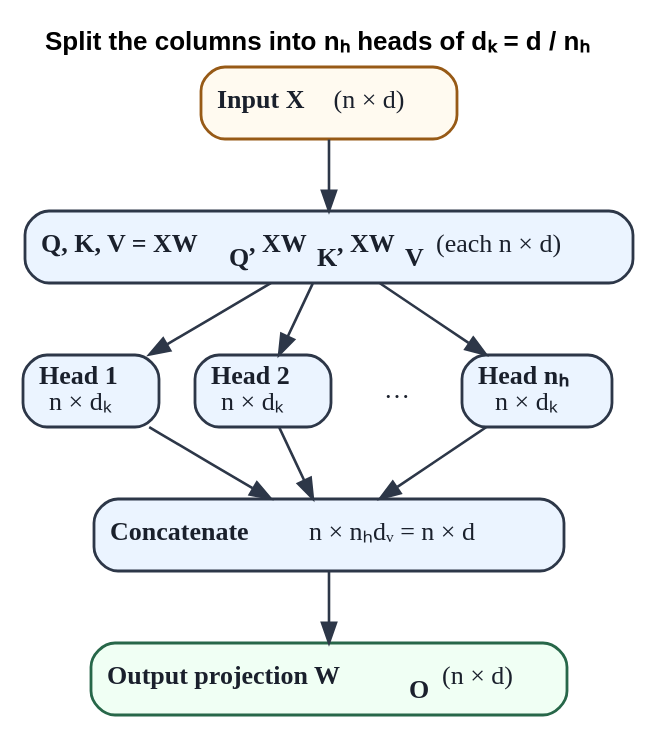
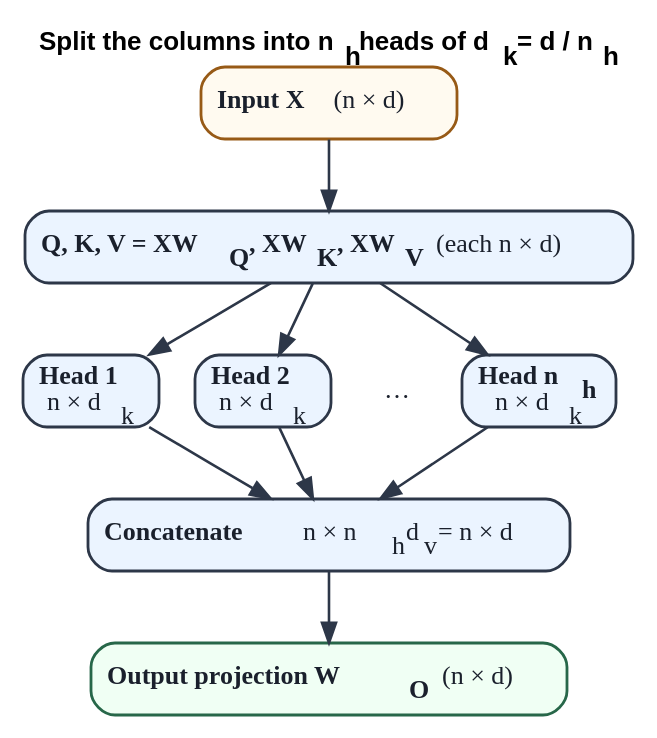
The diagram in chapters/01-foundations/figures/multi_head_attention.dot (Beaker12/llmatlas), drawn with Graphviz before and after one commit. The commit also changed 22 other files, not shown here.

```diff
--- a/chapters/01-foundations/figures/multi_head_attention.dot
+++ b/chapters/01-foundations/figures/multi_head_attention.dot
@@ -1,23 +1,23 @@
 digraph MultiHeadAttention {
-    graph [fontname="Arial" fontsize=13 bgcolor=white label=<<b>Split the columns into nₕ heads of dₖ = d / nₕ</b>> labelloc=t];
+    graph [fontname="Arial" fontsize=13 bgcolor=white label=<<b>Split the columns into n<sub>h</sub> heads of d<sub>k</sub> = d / n<sub>h</sub></b>> labelloc=t];
 
     x [label=<<b>Input X</b>  (n × d)> shape=box style="rounded,filled" fillcolor="#fffaf0" color="#975a16" penwidth=1.4 fontsize=13 fontcolor="#1a202c"];
     qkv [label=<<b>Q, K, V = XW<sub>Q</sub>, XW<sub>K</sub>, XW<sub>V</sub></b>   (each n × d)> shape=box style="rounded,filled" fillcolor="#ebf4ff" color="#2d3748" penwidth=1.4 fontsize=13 fontcolor="#1a202c"];
-    h1 [label=<<b>Head 1</b><br/>n × dₖ> shape=box style="rounded,filled" fillcolor="#ebf4ff" color="#2d3748" penwidth=1.4 fontsize=13 fontcolor="#1a202c"];
-    h2 [label=<<b>Head 2</b><br/>n × dₖ> shape=box style="rounded,filled" fillcolor="#ebf4ff" color="#2d3748" penwidth=1.4 fontsize=13 fontcolor="#1a202c"];
+    h1 [label=<<b>Head 1</b><br/>n × d<sub>k</sub>> shape=box style="rounded,filled" fillcolor="#ebf4ff" color="#2d3748" penwidth=1.4 fontsize=13 fontcolor="#1a202c"];
+    h2 [label=<<b>Head 2</b><br/>n × d<sub>k</sub>> shape=box style="rounded,filled" fillcolor="#ebf4ff" color="#2d3748" penwidth=1.4 fontsize=13 fontcolor="#1a202c"];
     hd [label=<…> shape=box style="rounded,filled" fillcolor="white" color="#2d3748" penwidth=1.4 fontsize=13 fontcolor="#1a202c" penwidth=0 width=0.4];
-    hn [label=<<b>Head nₕ</b><br/>n × dₖ> shape=box style="rounded,filled" fillcolor="#ebf4ff" color="#2d3748" penwidth=1.4 fontsize=13 fontcolor="#1a202c"];
+    hn [label=<<b>Head n<sub>h</sub></b><br/>n × d<sub>k</sub>> shape=box style="rounded,filled" fillcolor="#ebf4ff" color="#2d3748" penwidth=1.4 fontsize=13 fontcolor="#1a202c"];
     { rank=same; h1; h2; hd; hn; }
-    cat [label=<<b>Concatenate</b>   n × nₕdᵥ = n × d> shape=box style="rounded,filled" fillcolor="#ebf4ff" color="#2d3748" penwidth=1.4 fontsize=13 fontcolor="#1a202c"];
+    cat [label=<<b>Concatenate</b>   n × n<sub>h</sub>d<sub>v</sub> = n × d> shape=box style="rounded,filled" fillcolor="#ebf4ff" color="#2d3748" penwidth=1.4 fontsize=13 fontcolor="#1a202c"];
     o [label=<<b>Output projection W<sub>O</sub></b>   (n × d)> shape=box style="rounded,filled" fillcolor="#f0fff4" color="#276749" penwidth=1.4 fontsize=13 fontcolor="#1a202c"];
     qkv -> h1 [color="#2d3748" penwidth=1.3 fontsize=12 fontcolor="#1a202c"];
     h1 -> cat [color="#2d3748" penwidth=1.3 fontsize=12 fontcolor="#1a202c"];
     qkv -> h2 [color="#2d3748" penwidth=1.3 fontsize=12 fontcolor="#1a202c"];
     h2 -> cat [color="#2d3748" penwidth=1.3 fontsize=12 fontcolor="#1a202c"];
     qkv -> hn [color="#2d3748" penwidth=1.3 fontsize=12 fontcolor="#1a202c"];
     hn -> cat [color="#2d3748" penwidth=1.3 fontsize=12 fontcolor="#1a202c"];
     qkv -> hd [style=invis];
     hd -> cat [style=invis];
     x -> qkv [color="#2d3748" penwidth=1.3 fontsize=12 fontcolor="#1a202c"];
     cat -> o [color="#2d3748" penwidth=1.3 fontsize=12 fontcolor="#1a202c"];
 }
```
